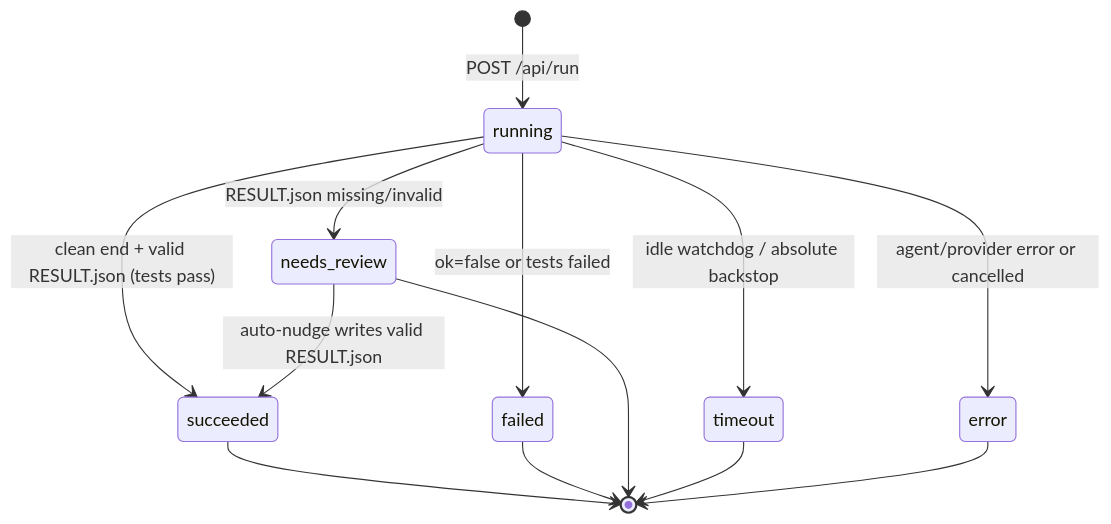
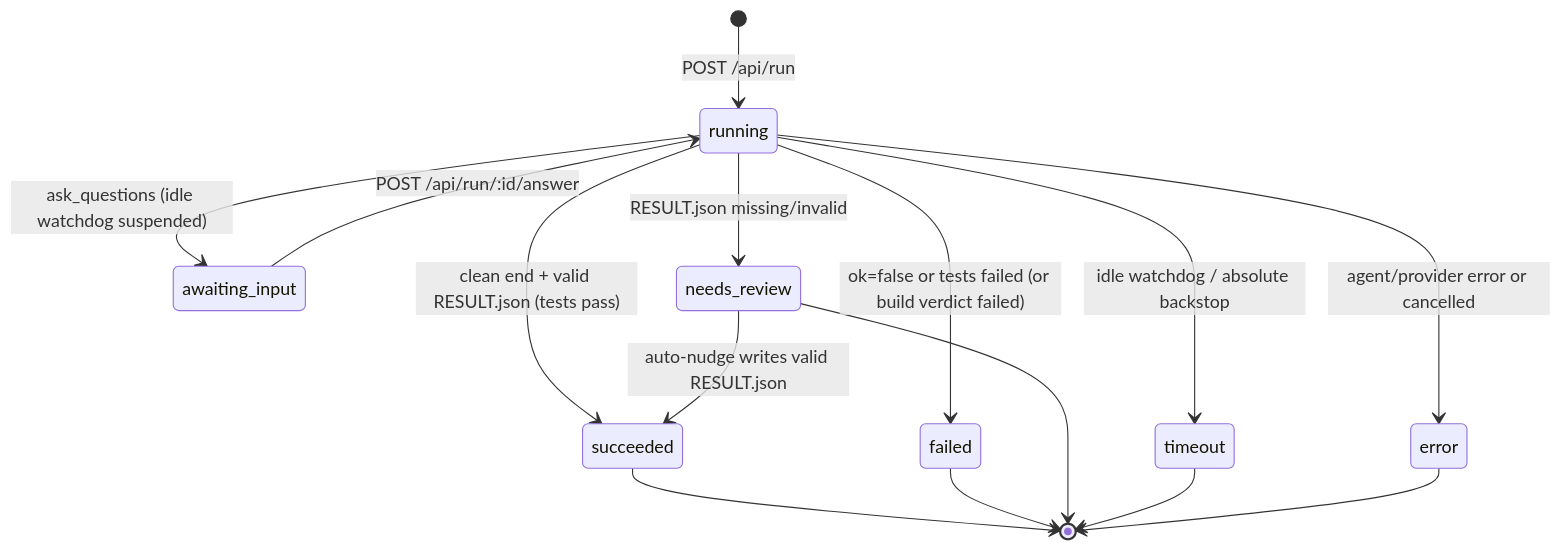
One commit to BLANCO-11/Orbit changed the sixth of 11 diagrams in docs/architecture.md. Above: the diagram before and after it, drawn with Mermaid. The commit also changed other lines of this file and 24 other files, not shown here.

````diff
--- a/docs/architecture.md
+++ b/docs/architecture.md
@@ -278,15 +278,17 @@
 ```mermaid
 stateDiagram-v2
     [*] --> running: POST /api/run
+    running --> awaiting_input: ask_questions (idle watchdog suspended)
+    awaiting_input --> running: POST /api/run/:id/answer
     running --> succeeded: clean end + valid RESULT.json (tests pass)
-    running --> failed: ok=false or tests failed
+    running --> failed: ok=false or tests failed (or build verdict failed)
     running --> needs_review: RESULT.json missing/invalid
     running --> timeout: idle watchdog / absolute backstop
     running --> error: agent/provider error or cancelled
     needs_review --> succeeded: auto-nudge writes valid RESULT.json
     succeeded --> [*]
     failed --> [*]
     needs_review --> [*]
     timeout --> [*]
     error --> [*]
 ```
````
